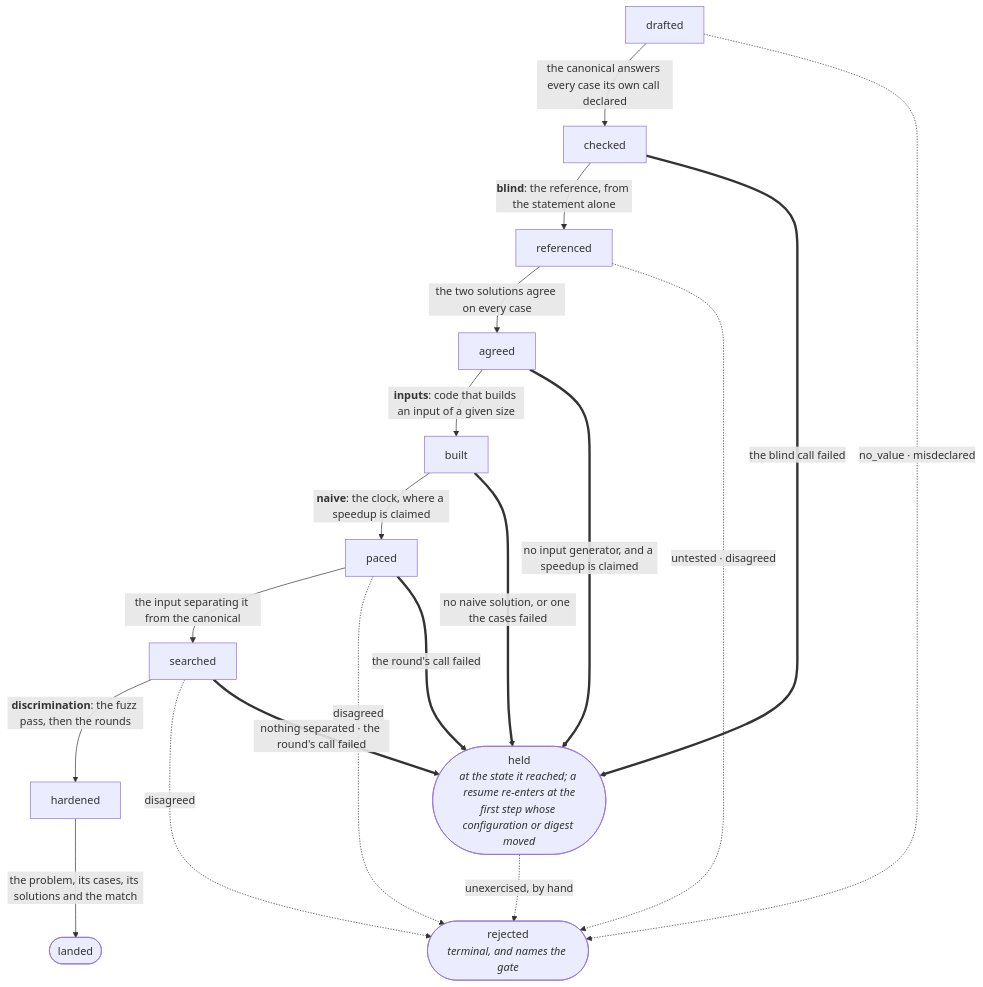
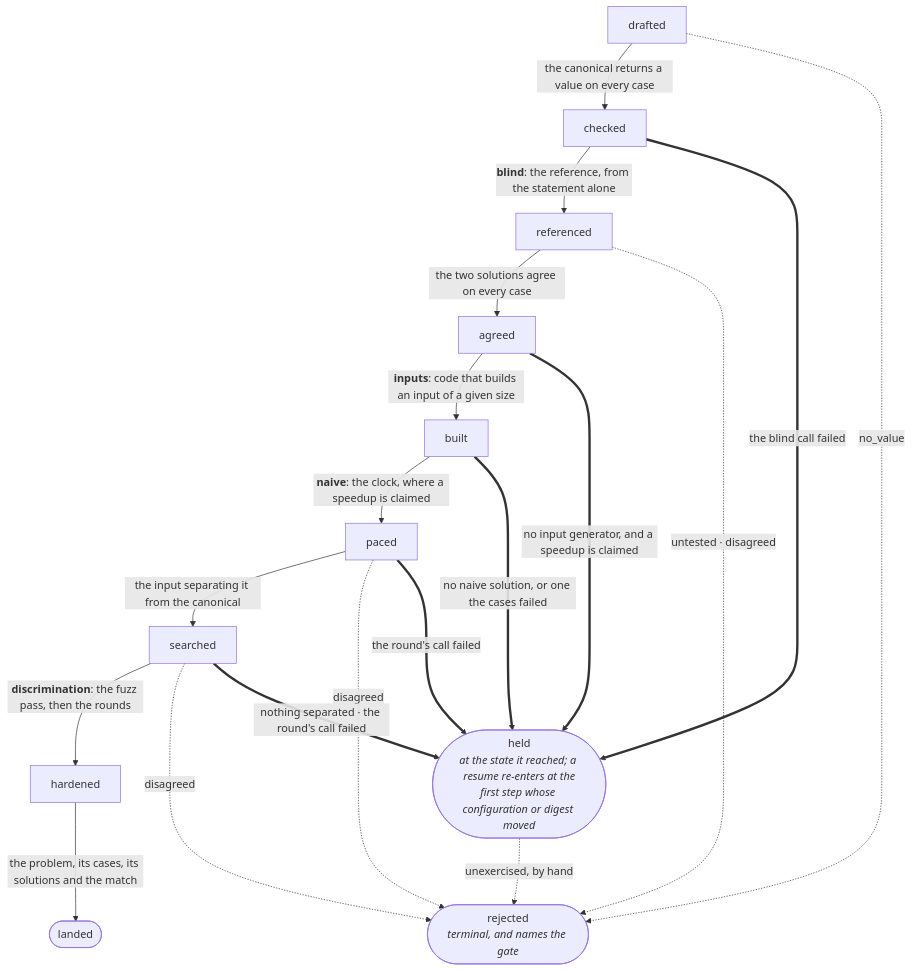
One commit to lunochkin/algo-coach changed the diagram in docs/architecture/flows.md. Above: the diagram before and after it, drawn with Mermaid. The commit also changed other lines of this file and 12 other files, not shown here.

First line of the commit message:
feat(generate): count the generator's misdeclared cases, not gate on them

````diff
--- a/docs/architecture/flows.md
+++ b/docs/architecture/flows.md
@@ -183,23 +189,23 @@
 ```mermaid
 flowchart TB
-  D["drafted"] -->|"the canonical answers every case its own call declared"| C["checked"]
+  D["drafted"] -->|"the canonical returns a value on every case"| C["checked"]
   C -->|"<b>blind</b>: the reference, from the statement alone"| R["referenced"]
   R -->|"the two solutions agree on every case"| A["agreed"]
   A -->|"<b>inputs</b>: code that builds an input of a given size"| B["built"]
   B -->|"<b>naive</b>: the clock, where a speedup is claimed"| P["paced"]
   P -->|"the input separating it from the canonical"| S["searched"]
   S -->|"<b>discrimination</b>: the fuzz pass, then the rounds"| H["hardened"]
   H -->|"the problem, its cases, its solutions and the match"| L(["landed"])
 
-  D -.->|"no_value · misdeclared"| X(["rejected<br/><i>terminal, and names the gate</i>"])
+  D -.->|"no_value"| X(["rejected<br/><i>terminal, and names the gate</i>"])
   R -.->|"untested · disagreed"| X
   P -.->|"disagreed"| X
   S -.->|"disagreed"| X
 
   C ==>|"the blind call failed"| Z(["held<br/><i>at the state it reached; a resume re-enters at the<br/>first step whose configuration or digest moved</i>"])
   A ==>|"no input generator, and a speedup is claimed"| Z
   B ==>|"no naive solution, or one the cases failed"| Z
   P ==>|"the round's call failed"| Z
   S ==>|"nothing separated · the round's call failed"| Z
   Z -.->|"unexercised, by hand"| X
 ```
````
